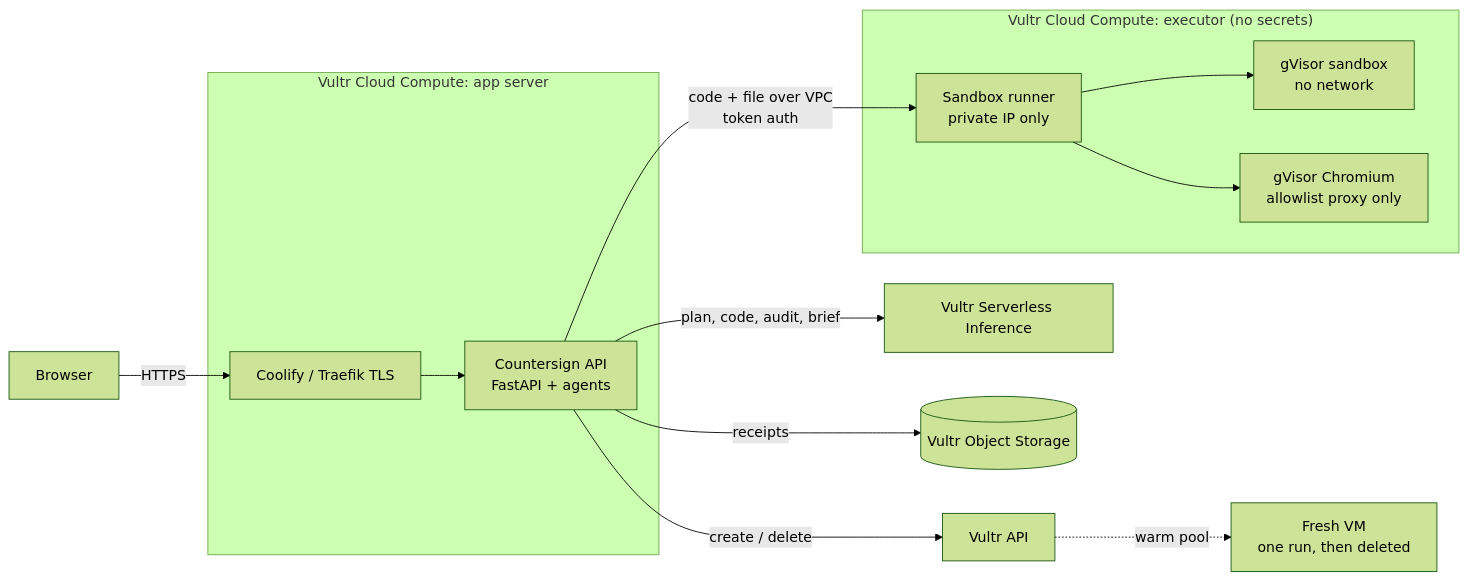
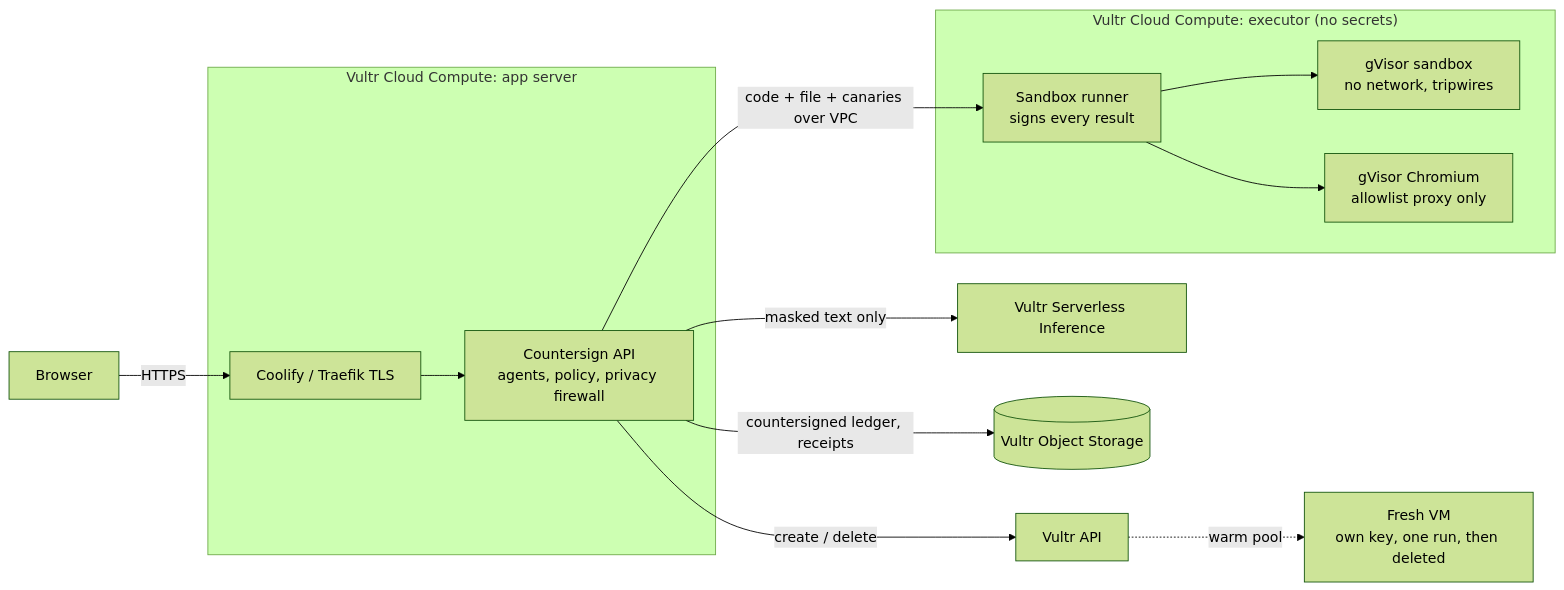
The diagram in README.md (Aashir01/receipts-agents), drawn with Mermaid (forest theme) before and after one commit. The commit also changed other lines of this file and 7 other files, not shown here.

First line of the commit message:
Missions end with one blast-radius manifest for the whole team; analysts save the file names a task asks for; privacy note names the right token kind; README: arena screenshot from the live battery, new live results

````diff
--- a/README.md
+++ b/README.md
@@ -160,20 +238,20 @@
 ```mermaid
 flowchart LR
     U[Browser] -->|HTTPS| T
 
     subgraph VM1["Vultr Cloud Compute: app server"]
-        T[Coolify / Traefik TLS] --> A[Countersign API<br/>FastAPI + agents]
+        T[Coolify / Traefik TLS] --> A[Countersign API<br/>agents, policy, privacy firewall]
     end
 
-    A -->|plan, code, audit, brief| I[Vultr Serverless Inference]
-    A -->|receipts| O[(Vultr Object Storage)]
-    A -->|code + file over VPC<br/>token auth| R
+    A -->|masked text only| I[Vultr Serverless Inference]
+    A -->|countersigned ledger, receipts| O[(Vultr Object Storage)]
+    A -->|code + file + canaries over VPC| R
     A -->|create / delete| V[Vultr API]
 
     subgraph VM2["Vultr Cloud Compute: executor (no secrets)"]
-        R[Sandbox runner<br/>private IP only] --> S1[gVisor sandbox<br/>no network]
+        R[Sandbox runner<br/>signs every result] --> S1[gVisor sandbox<br/>no network, tripwires]
         R --> S2[gVisor Chromium<br/>allowlist proxy only]
     end
 
-    V -.->|warm pool| F[Fresh VM<br/>one run, then deleted]
+    V -.->|warm pool| F[Fresh VM<br/>own key, one run, then deleted]
 ```
````
